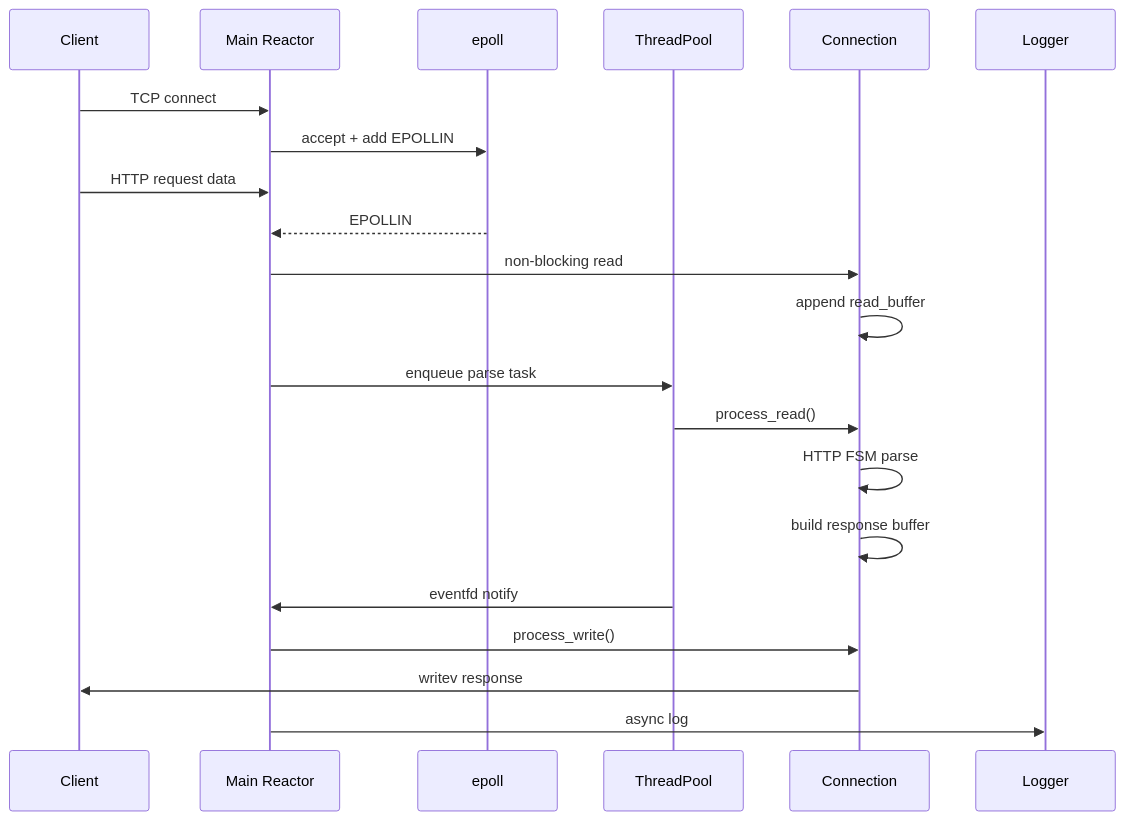
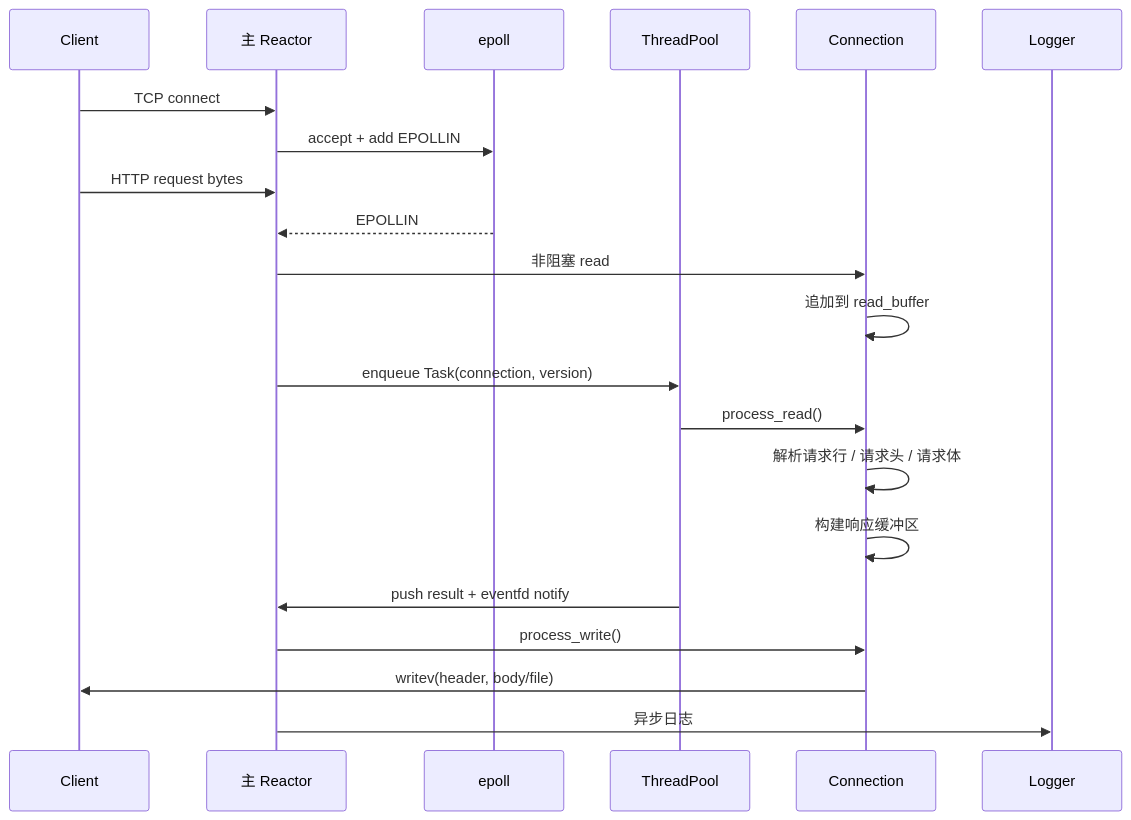
The second of 4 diagrams in README.zh-CN.md (kangbaoH/VWebServer), drawn with Mermaid before and after one commit. The commit also changed other lines of this file and 2 other files, not shown here.

````diff
--- a/README.zh-CN.md
+++ b/README.zh-CN.md
@@ -188,24 +69,24 @@
 ```mermaid
 sequenceDiagram
     participant C as Client
-    participant M as Main Reactor
+    participant M as 主 Reactor
     participant E as epoll
     participant P as ThreadPool
     participant Conn as Connection
     participant L as Logger
 
     C->>M: TCP connect
     M->>E: accept + add EPOLLIN
-    C->>M: HTTP request data
+    C->>M: HTTP request bytes
     E-->>M: EPOLLIN
-    M->>Conn: non-blocking read
-    Conn->>Conn: append read_buffer
-    M->>P: enqueue parse task
+    M->>Conn: 非阻塞 read
+    Conn->>Conn: 追加到 read_buffer
+    M->>P: enqueue Task(connection, version)
     P->>Conn: process_read()
-    Conn->>Conn: HTTP FSM parse
-    Conn->>Conn: build response buffer
-    P->>M: eventfd notify
+    Conn->>Conn: 解析请求行 / 请求头 / 请求体
+    Conn->>Conn: 构建响应缓冲区
+    P->>M: push result + eventfd notify
     M->>Conn: process_write()
-    Conn->>C: writev response
-    M->>L: async log
+    Conn->>C: writev(header, body/file)
+    M->>L: 异步日志
 ```
````
